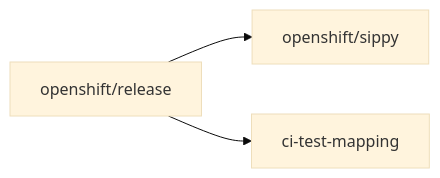
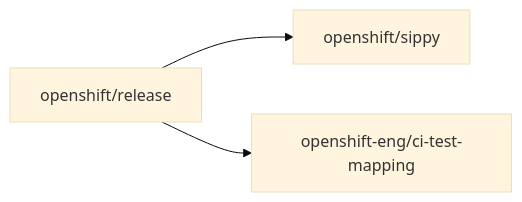
One commit to CSPI-QE/ocp-ci-docs changed the diagram in .cursor/skills/lp-ocp-compat-cr-onboarding/SKILL.md. Above: the diagram before and after it, drawn with Mermaid (base theme). The commit also changed other lines of this file, not shown here.

````diff
--- a/.cursor/skills/lp-ocp-compat-cr-onboarding/SKILL.md
+++ b/.cursor/skills/lp-ocp-compat-cr-onboarding/SKILL.md
@@ -62,8 +64,8 @@
 ```mermaid
 flowchart LR
   release[openshift/release]
   sippy[openshift/sippy]
-  ctm[ci-test-mapping]
+  ctm[openshift-eng/ci-test-mapping]
   release --> sippy
   release --> ctm
 ```
````
